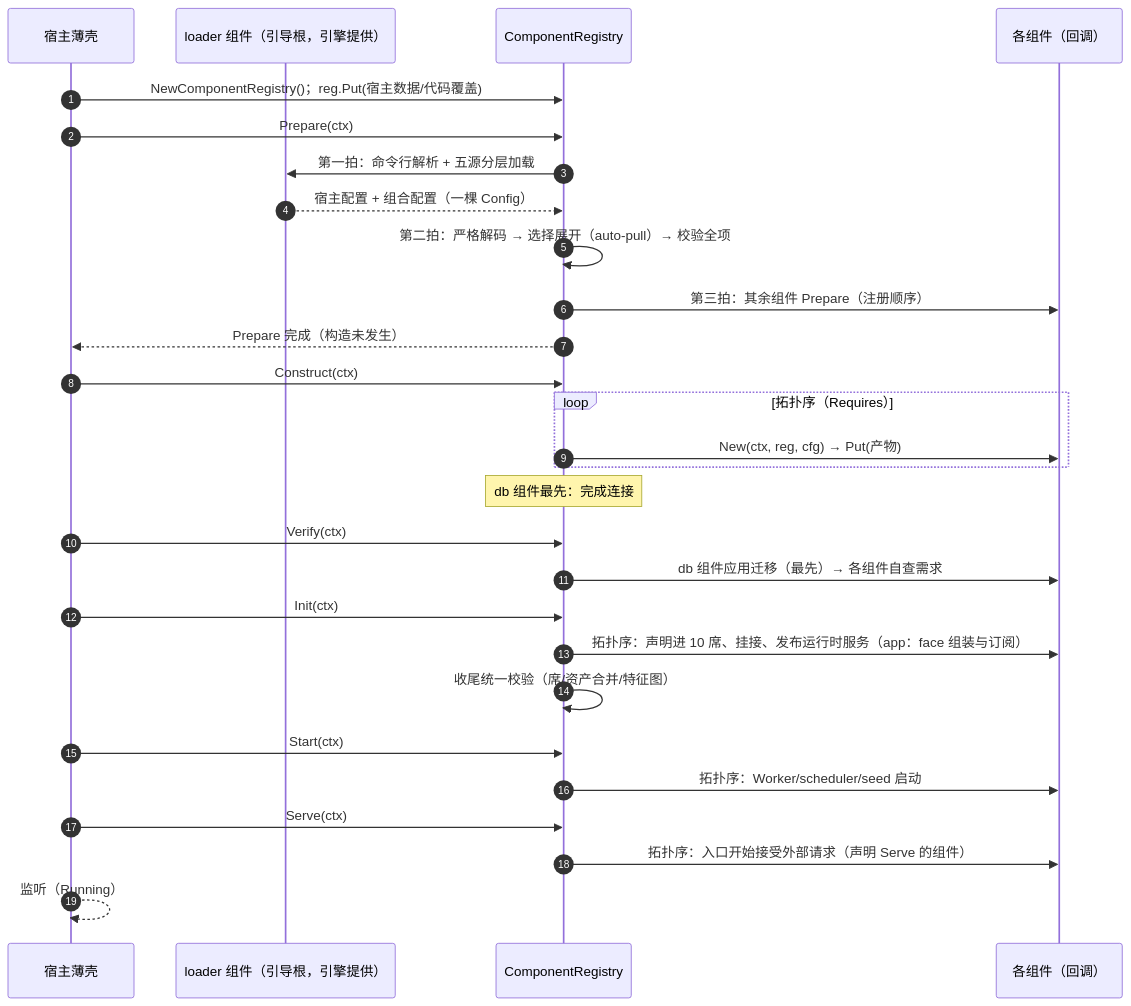
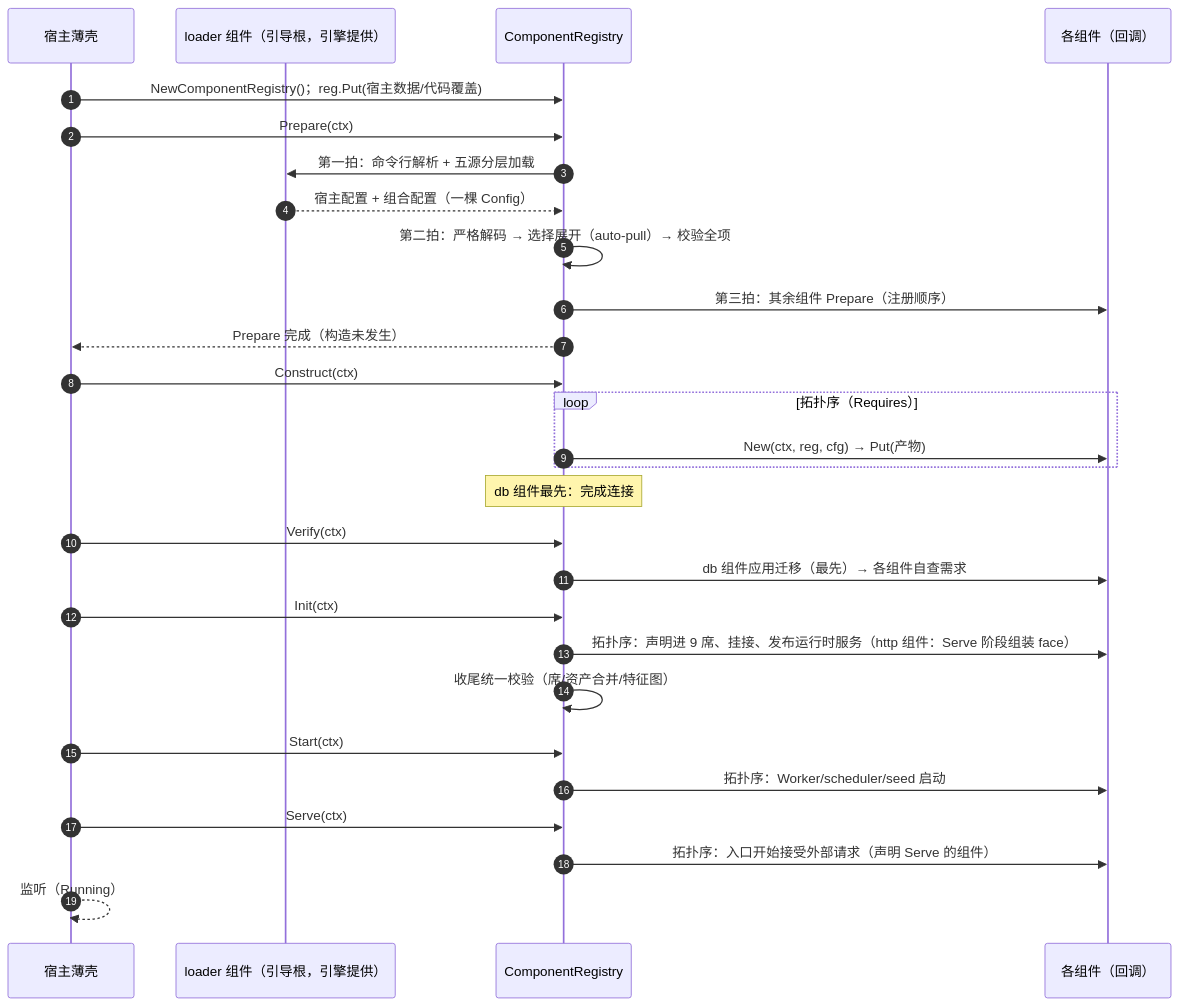
Before and after one commit to vislake/speed: the fourth of 6 diagrams in docs/internal/29-config-driven-component-assembly.md, drawn with Mermaid. The commit also changed other lines of this file and 3 other files, not shown here.

````diff
--- a/docs/internal/29-config-driven-component-assembly.md
+++ b/docs/internal/29-config-driven-component-assembly.md
@@ -300,31 +303,31 @@
 ```mermaid
 sequenceDiagram
     autonumber
     participant H as 宿主薄壳
     participant L as loader 组件（引导根，引擎提供）
     participant R as ComponentRegistry
     participant P as 各组件（回调）
 
     H->>R: NewComponentRegistry()；reg.Put(宿主数据/代码覆盖)
     H->>R: Prepare(ctx)
     R->>L: 第一拍：命令行解析 + 五源分层加载
     L-->>R: 宿主配置 + 组合配置（一棵 Config）
     R->>R: 第二拍：严格解码 → 选择展开（auto-pull）→ 校验全项
     R->>P: 第三拍：其余组件 Prepare（注册顺序）
     R-->>H: Prepare 完成（构造未发生）
     H->>R: Construct(ctx)
     loop 拓扑序（Requires）
         R->>P: New(ctx, reg, cfg) → Put(产物)
     end
     Note over R: db 组件最先：完成连接
     H->>R: Verify(ctx)
     R->>P: db 组件应用迁移（最先）→ 各组件自查需求
     H->>R: Init(ctx)
-    R->>P: 拓扑序：声明进 10 席、挂接、发布运行时服务（app：face 组装与订阅）
+    R->>P: 拓扑序：声明进 9 席、挂接、发布运行时服务（http 组件：Serve 阶段组装 face）
     R->>R: 收尾统一校验（席/资产合并/特征图）
     H->>R: Start(ctx)
     R->>P: 拓扑序：Worker/scheduler/seed 启动
     H->>R: Serve(ctx)
     R->>P: 拓扑序：入口开始接受外部请求（声明 Serve 的组件）
     H-->>H: 监听（Running）
 ```
````
